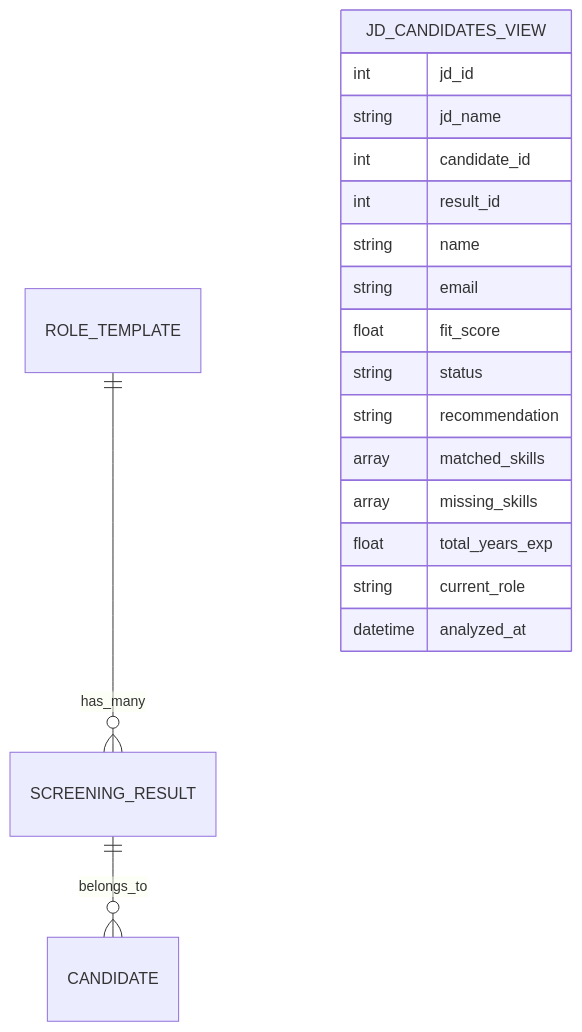
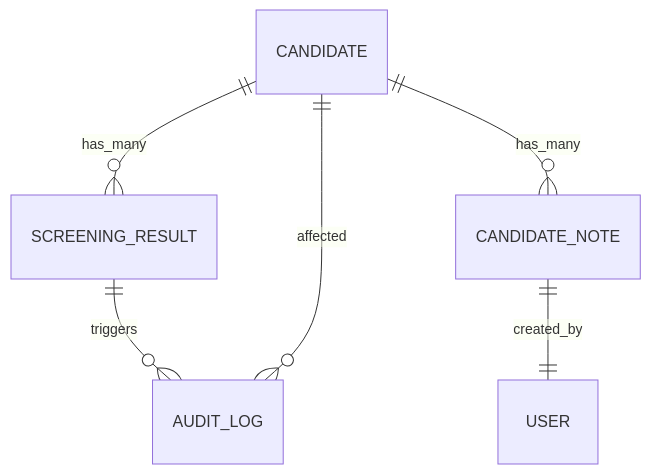
The third of 22 diagrams in .qoder/repowiki/en/content/Candidate Management/Candidate Management.md (Revanththetalogics/aireume), drawn with Mermaid before and after one commit. The commit also changed other lines of this file and 14 other files, not shown here.

````diff
--- a/.qoder/repowiki/en/content/Candidate Management/Candidate Management.md
+++ b/.qoder/repowiki/en/content/Candidate Management/Candidate Management.md
@@ -251,21 +255,8 @@
 ```mermaid
 erDiagram
-ROLE_TEMPLATE ||--o{ SCREENING_RESULT : "has_many"
-SCREENING_RESULT ||--o{ CANDIDATE : "belongs_to"
-JD_CANDIDATES_VIEW {
-int jd_id
-string jd_name
-int candidate_id
-int result_id
-string name
-string email
-float fit_score
-string status
-string recommendation
-array matched_skills
-array missing_skills
-float total_years_exp
-string current_role
-datetime analyzed_at
-}
+CANDIDATE ||--o{ SCREENING_RESULT : "has_many"
+CANDIDATE ||--o{ CANDIDATE_NOTE : "has_many"
+SCREENING_RESULT ||--o{ AUDIT_LOG : "triggers"
+CANDIDATE ||--o{ AUDIT_LOG : "affected"
+CANDIDATE_NOTE ||--|| USER : "created_by"
 ```
````
